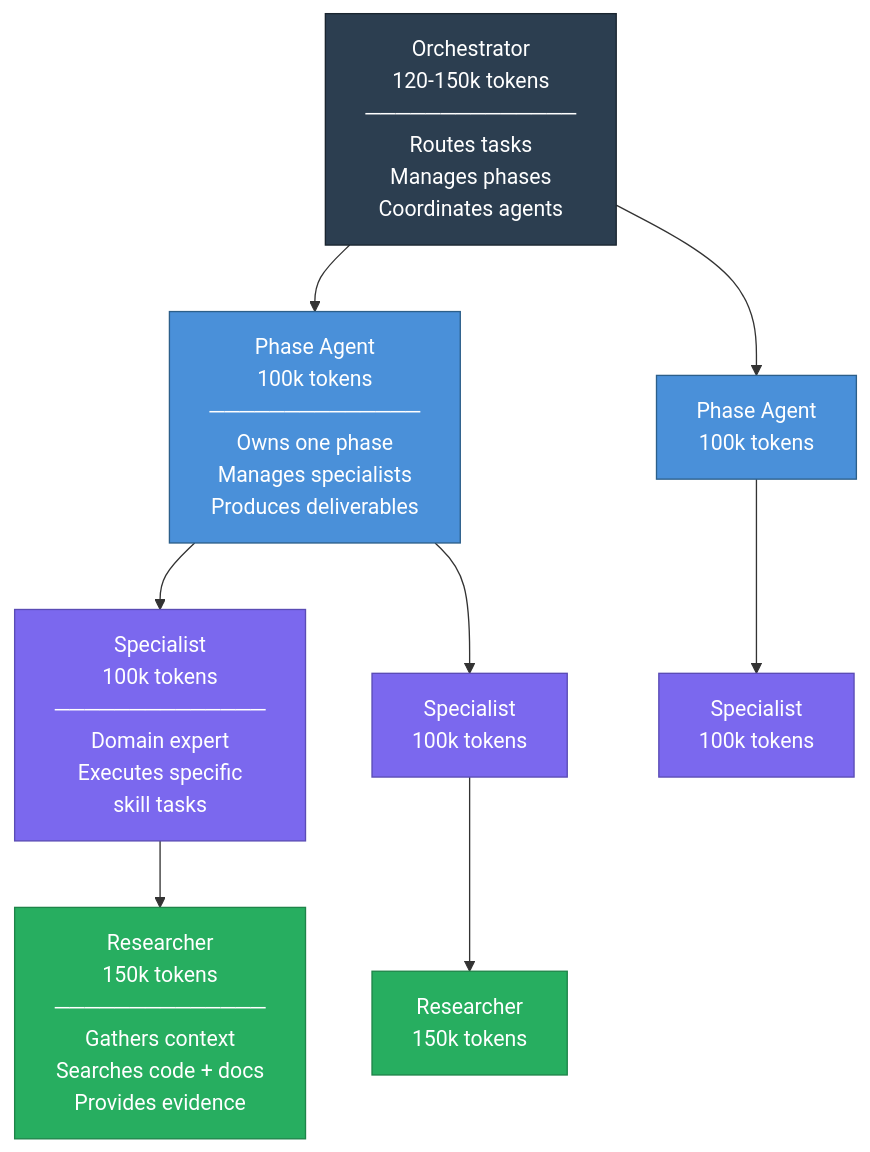
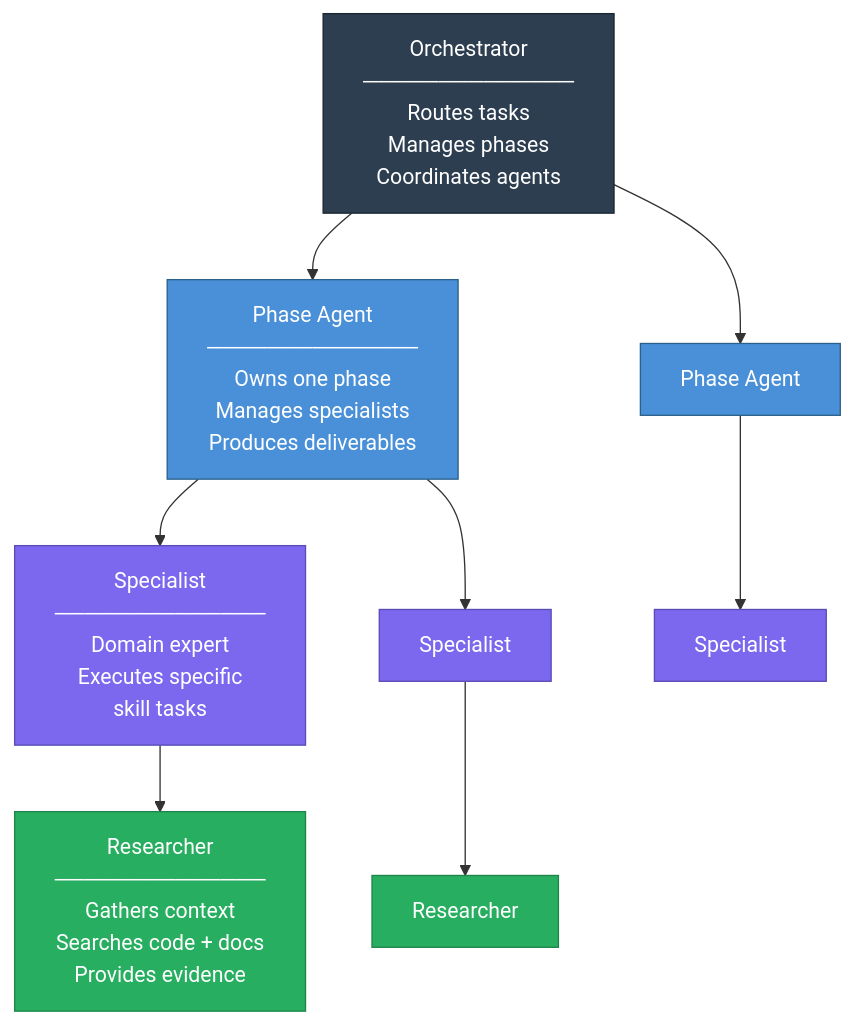
Before and after one commit to costa-marcello/CodeMAD: the fourth of 5 diagrams in README.md, drawn with Mermaid. The commit also changed other lines of this file, not shown here.

First line of the commit message:
docs: update README with correct phase names, OAuth strategy, and locked roadmap

````diff
--- a/README.md
+++ b/README.md
@@ -168,20 +168,20 @@
 ```mermaid
 flowchart TD
-    O["Orchestrator\n120-150k tokens\n──────────────\nRoutes tasks\nManages phases\nCoordinates agents"]
-    O --> P1["Phase Agent\n100k tokens\n──────────────\nOwns one phase\nManages specialists\nProduces deliverables"]
-    O --> P2["Phase Agent\n100k tokens"]
-    P1 --> S1["Specialist\n100k tokens\n──────────────\nDomain expert\nExecutes specific\nskill tasks"]
-    P1 --> S2["Specialist\n100k tokens"]
-    P2 --> S3["Specialist\n100k tokens"]
-    S1 --> R1["Researcher\n150k tokens\n──────────────\nGathers context\nSearches code + docs\nProvides evidence"]
-    S2 --> R2["Researcher\n150k tokens"]
+    O["Orchestrator\n──────────────\nRoutes tasks\nManages phases\nCoordinates agents"]
+    O --> P1["Phase Agent\n──────────────\nOwns one phase\nManages specialists\nProduces deliverables"]
+    O --> P2["Phase Agent"]
+    P1 --> S1["Specialist\n──────────────\nDomain expert\nExecutes specific\nskill tasks"]
+    P1 --> S2["Specialist"]
+    P2 --> S3["Specialist"]
+    S1 --> R1["Researcher\n──────────────\nGathers context\nSearches code + docs\nProvides evidence"]
+    S2 --> R2["Researcher"]
 
     style O fill:#2C3E50,stroke:#1A252F,color:#fff
     style P1 fill:#4A90D9,stroke:#2C5F8A,color:#fff
     style P2 fill:#4A90D9,stroke:#2C5F8A,color:#fff
     style S1 fill:#7B68EE,stroke:#5A4CB5,color:#fff
     style S2 fill:#7B68EE,stroke:#5A4CB5,color:#fff
     style S3 fill:#7B68EE,stroke:#5A4CB5,color:#fff
     style R1 fill:#27AE60,stroke:#1E8449,color:#fff
     style R2 fill:#27AE60,stroke:#1E8449,color:#fff
 ```
````
